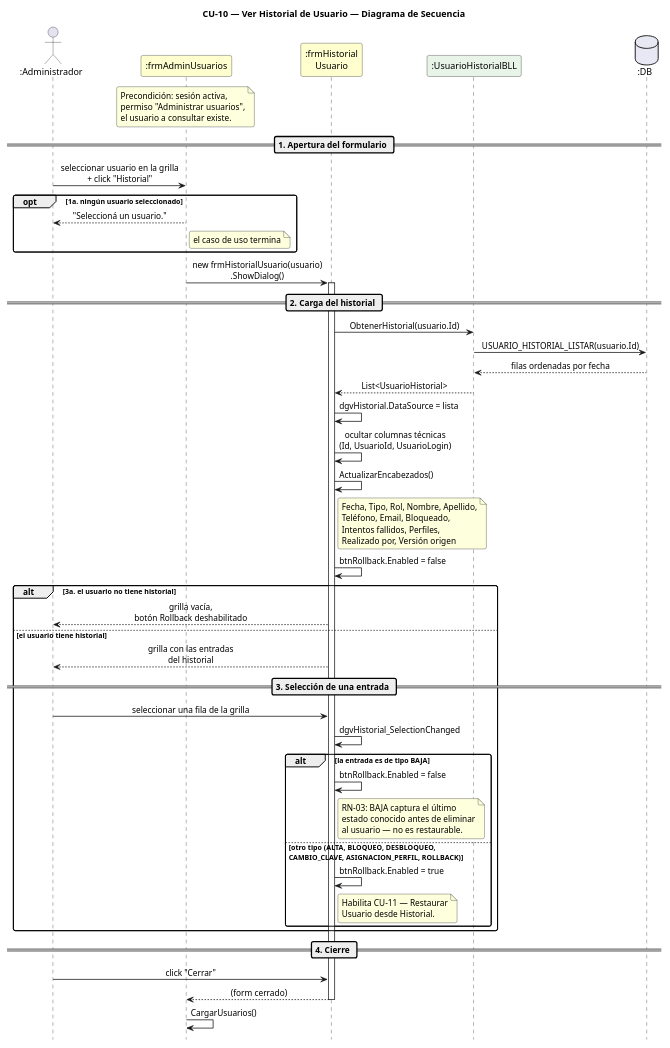
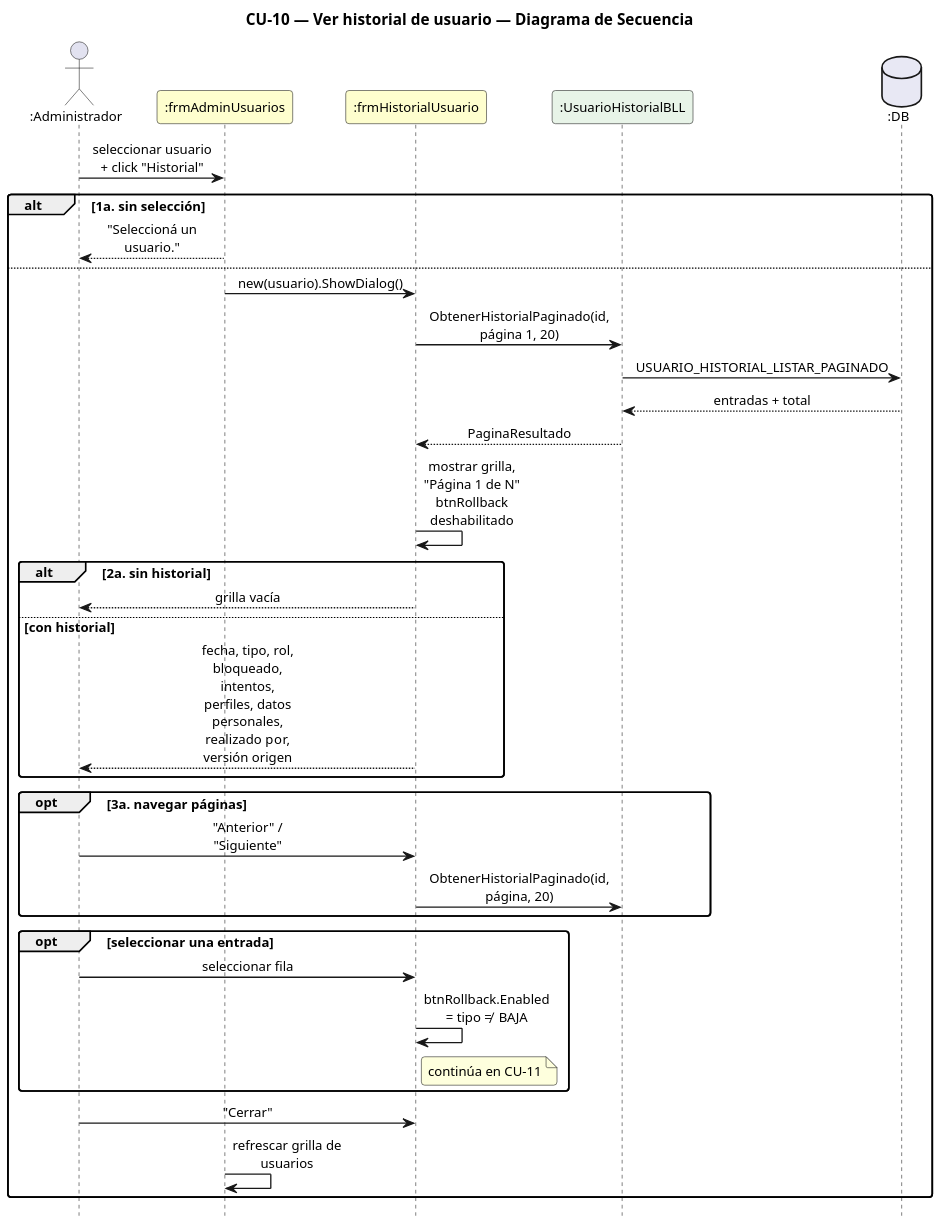
One commit to Urrels/ingenieria_software changed the diagram in DIAGRAMAS/DiagramaSecuencia_CU10_VerHistorial.puml. Above: the diagram before and after it, drawn with PlantUML. The commit also changed 82 other files, not shown here.

First line of the commit message:
Casos de uso y diagramas de secuencia actualizados (CU-01 a CU-37)

```diff
--- a/DIAGRAMAS/DiagramaSecuencia_CU10_VerHistorial.puml
+++ b/DIAGRAMAS/DiagramaSecuencia_CU10_VerHistorial.puml
@@ -1,104 +1,50 @@
 @startuml DiagramaSecuencia_CU10_VerHistorial
 
-title CU-10 — Ver Historial de Usuario — Diagrama de Secuencia
+title CU-10 — Ver historial de usuario — Diagrama de Secuencia
 
 skinparam shadowing false
 skinparam roundcorner 6
 skinparam sequenceArrowThickness 1.2
-skinparam ParticipantPadding 14
+skinparam ParticipantPadding 6
+skinparam BoxPadding 4
+skinparam maxMessageSize 115
 skinparam sequenceMessageAlign center
+skinparam defaultFontSize 12
+skinparam dpi 140
 hide footbox
-scale 0.85
 
-' ─────────────────────────────────────────
-' Participantes en orden de aparición
-' ─────────────────────────────────────────
-actor       ":Administrador"       as A
-participant ":frmAdminUsuarios"    as FA #FEFECE
-participant ":frmHistorial\nUsuario" as FH #FEFECE
-participant ":UsuarioHistorialBLL" as UH #E8F4E8
-database    ":DB"                  as DB #E8E8F4
+actor ":Administrador" as A
+participant ":frmAdminUsuarios" as F #FEFECE
+participant ":frmHistorialUsuario" as H #FEFECE
+participant ":UsuarioHistorialBLL" as HB #E8F4E8
+database ":DB" as DB #E8E8F4
 
-note over FA
-  Precondición: sesión activa,
-  permiso "Administrar usuarios",
-  el usuario a consultar existe.
-end note
-
-' ─────────────────────────────────────────
-' APERTURA DEL FORMULARIO
-' ─────────────────────────────────────────
-== 1. Apertura del formulario ==
-
-A -> FA : seleccionar usuario en la grilla\n+ click "Historial"
-
-opt 1a. ningún usuario seleccionado
-  FA --> A : "Seleccioná un usuario."
-  note right of FA : el caso de uso termina
+A -> F : seleccionar usuario + click "Historial"
+alt 1a. sin selección
+  F --> A : "Seleccioná un usuario."
+else
+  F -> H : new(usuario).ShowDialog()
+  H -> HB : ObtenerHistorialPaginado(id, página 1, 20)
+  HB -> DB : USUARIO_HISTORIAL_LISTAR_PAGINADO
+  DB --> HB : entradas + total
+  HB --> H : PaginaResultado
+  H -> H : mostrar grilla, "Página 1 de N"\nbtnRollback deshabilitado
+  alt 2a. sin historial
+    H --> A : grilla vacía
+  else con historial
+    H --> A : fecha, tipo, rol, bloqueado, intentos,\nperfiles, datos personales, realizado por,\nversión origen
+  end
+  opt 3a. navegar páginas
+    A -> H : "Anterior" / "Siguiente"
+    H -> HB : ObtenerHistorialPaginado(id, página, 20)
+  end
+  opt seleccionar una entrada
+    A -> H : seleccionar fila
+    H -> H : btnRollback.Enabled = tipo ≠ BAJA
+    note right of H : continúa en CU-11
+  end
+  A -> H : "Cerrar"
+  F -> F : refrescar grilla de usuarios
 end
 
-FA -> FH : new frmHistorialUsuario(usuario)\n.ShowDialog()
-activate FH
-
-' ─────────────────────────────────────────
-' CARGA DEL HISTORIAL
-' ─────────────────────────────────────────
-== 2. Carga del historial ==
-
-FH -> UH : ObtenerHistorial(usuario.Id)
-UH -> DB : USUARIO_HISTORIAL_LISTAR(usuario.Id)
-DB --> UH : filas ordenadas por fecha
-UH --> FH : List<UsuarioHistorial>
-
-FH -> FH : dgvHistorial.DataSource = lista
-FH -> FH : ocultar columnas técnicas\n(Id, UsuarioId, UsuarioLogin)
-FH -> FH : ActualizarEncabezados()
-note right of FH
-  Fecha, Tipo, Rol, Nombre, Apellido,
-  Teléfono, Email, Bloqueado,
-  Intentos fallidos, Perfiles,
-  Realizado por, Versión origen
-end note
-FH -> FH : btnRollback.Enabled = false
-
-alt 3a. el usuario no tiene historial
-  FH --> A : grilla vacía,\nbotón Rollback deshabilitado
-
-else el usuario tiene historial
-  FH --> A : grilla con las entradas\ndel historial
-
-  ' ─────────────────────────────────────────
-  ' SELECCIÓN DE UNA ENTRADA
-  ' ─────────────────────────────────────────
-  == 3. Selección de una entrada ==
-
-  A -> FH : seleccionar una fila de la grilla
-  FH -> FH : dgvHistorial_SelectionChanged
-
-  alt la entrada es de tipo BAJA
-    FH -> FH : btnRollback.Enabled = false
-    note right of FH
-      RN-03: BAJA captura el último
-      estado conocido antes de eliminar
-      al usuario — no es restaurable.
-    end note
-  else otro tipo (ALTA, BLOQUEO, DESBLOQUEO,\nCAMBIO_CLAVE, ASIGNACION_PERFIL, ROLLBACK)
-    FH -> FH : btnRollback.Enabled = true
-    note right of FH
-      Habilita CU-11 — Restaurar
-      Usuario desde Historial.
-    end note
-  end
-end
-
-' ─────────────────────────────────────────
-' CIERRE
-' ─────────────────────────────────────────
-== 4. Cierre ==
-
-A -> FH : click "Cerrar"
-FH --> FA : (form cerrado)
-deactivate FH
-FA -> FA : CargarUsuarios()
-
 @enduml
```
